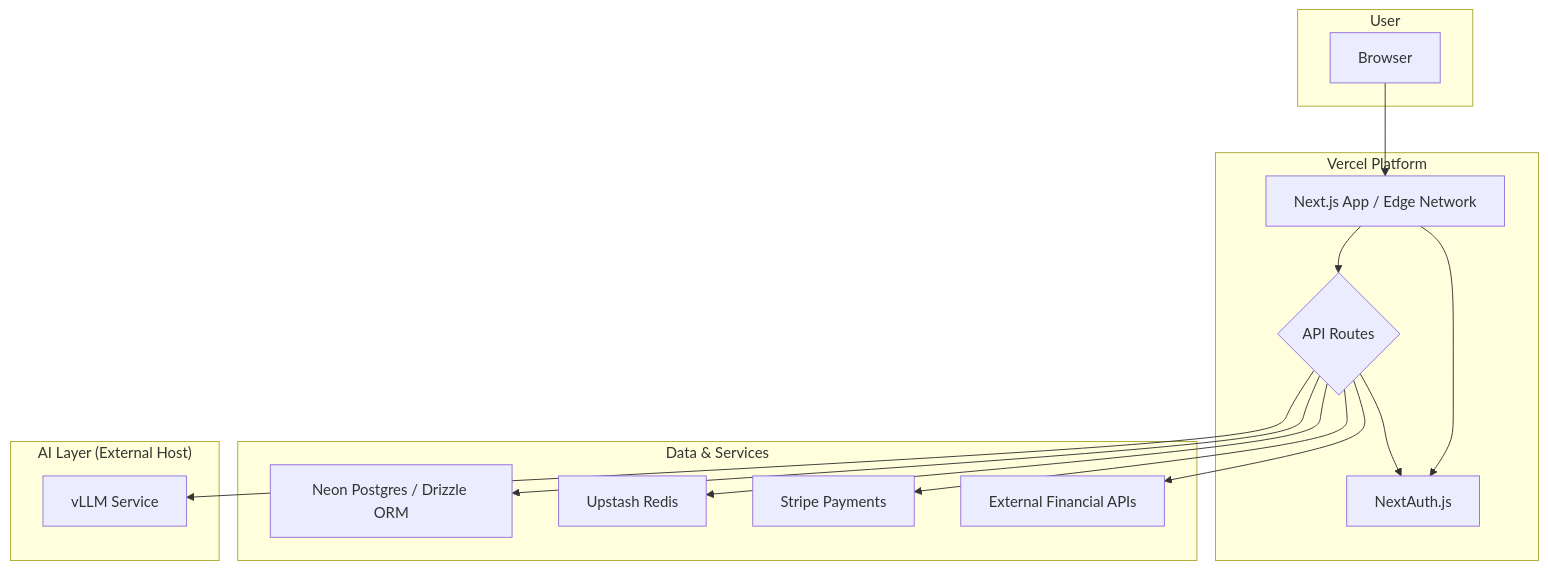
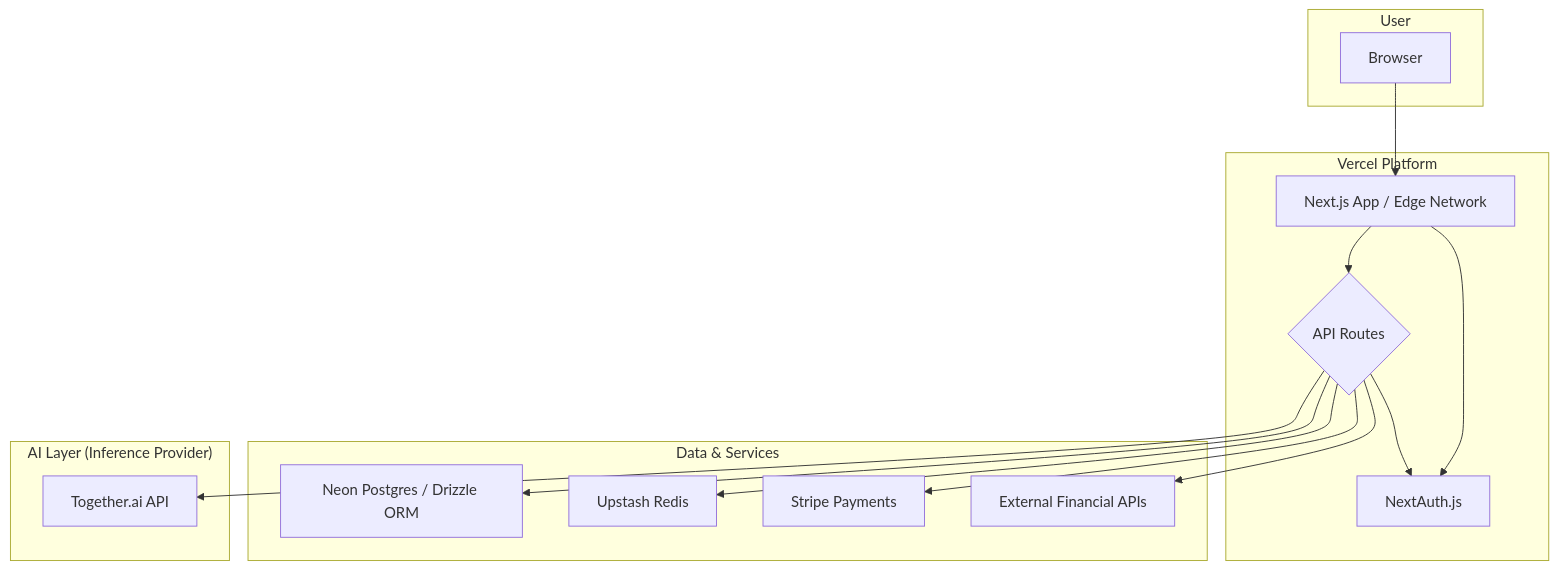
Before and after one commit to CadBane-ai/PriceControl-AI2: the first of 4 diagrams in docs/PriceControl-AI-achitecture.md, drawn with Mermaid. The commit also changed other lines of this file and 35 other files, not shown here.

````diff
--- a/docs/PriceControl-AI-achitecture.md
+++ b/docs/PriceControl-AI-achitecture.md
@@ -38,30 +38,30 @@
 ```mermaid
 graph TD
     subgraph User
         A[Browser]
     end
 
     subgraph "Vercel Platform"
         B[Next.js App / Edge Network] --> C{API Routes};
         B --> D[NextAuth.js];
     end
 
     subgraph "Data & Services"
         E[Neon Postgres / Drizzle ORM]
         F[Upstash Redis]
         G[Stripe Payments]
         H[External Financial APIs]
     end
 
-    subgraph "AI Layer (External Host)"
-        I[vLLM Service]
+    subgraph "AI Layer (Inference Provider)"
+        I[Together.ai API]
     end
 
     A --> B;
     C --> D;
     C --> E;
     C --> F;
     C --> G;
     C --> H;
     C --> I;
 ```
````
